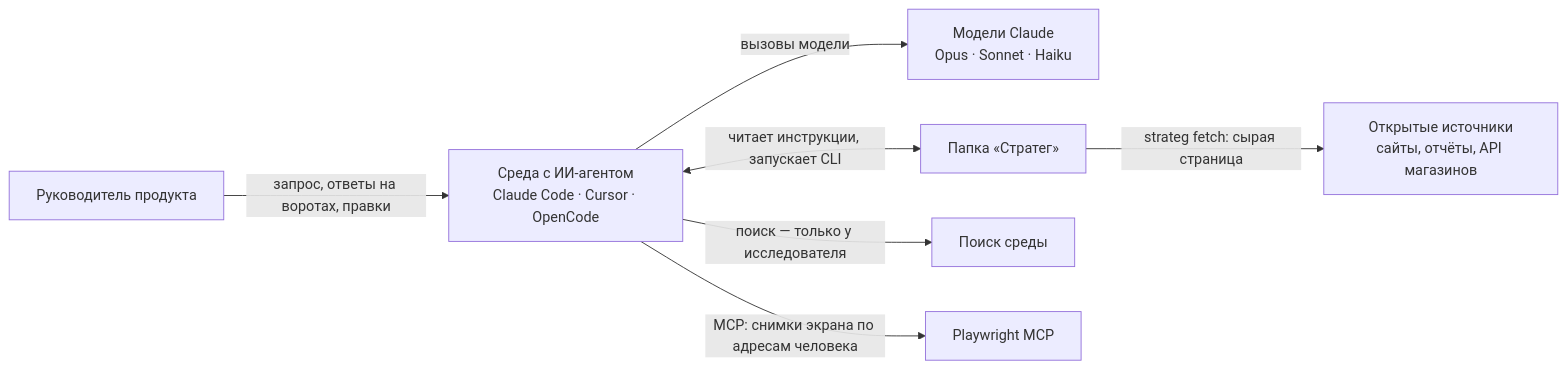
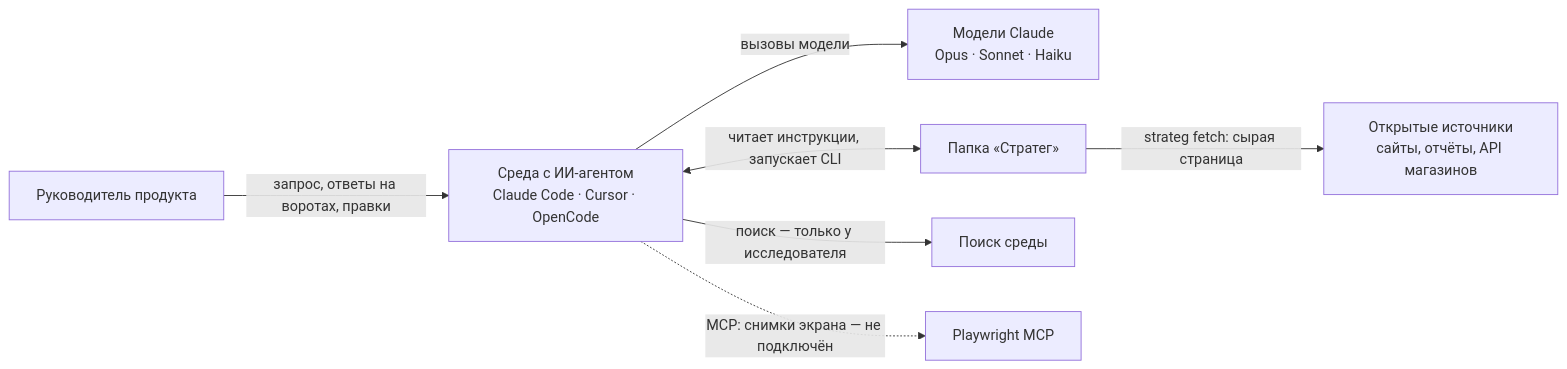
The first of 3 diagrams in docs/architecture.md (FlosVacui/strateg-agent), drawn with Mermaid before and after one commit. The commit also changed other lines of this file and 101 other files, not shown here.

````diff
--- a/docs/architecture.md
+++ b/docs/architecture.md
@@ -26,9 +26,9 @@
 ```mermaid
 flowchart LR
   PM["Руководитель продукта"] -->|"запрос, ответы на воротах, правки"| ENV["Среда с ИИ-агентом<br/>Claude Code · Cursor · OpenCode"]
   ENV -->|"вызовы модели"| LLM["Модели Claude<br/>Opus · Sonnet · Haiku"]
   ENV <-->|"читает инструкции, запускает CLI"| S["Папка «Стратег»"]
   S -->|"strateg fetch: сырая страница"| WEB["Открытые источники<br/>сайты, отчёты, API магазинов"]
   ENV -->|"поиск — только у исследователя"| SEARCH["Поиск среды"]
-  ENV -->|"MCP: снимки экрана по адресам человека"| PW["Playwright MCP"]
+  ENV -.->|"MCP: снимки экрана — не подключён"| PW["Playwright MCP"]
 ```
````
